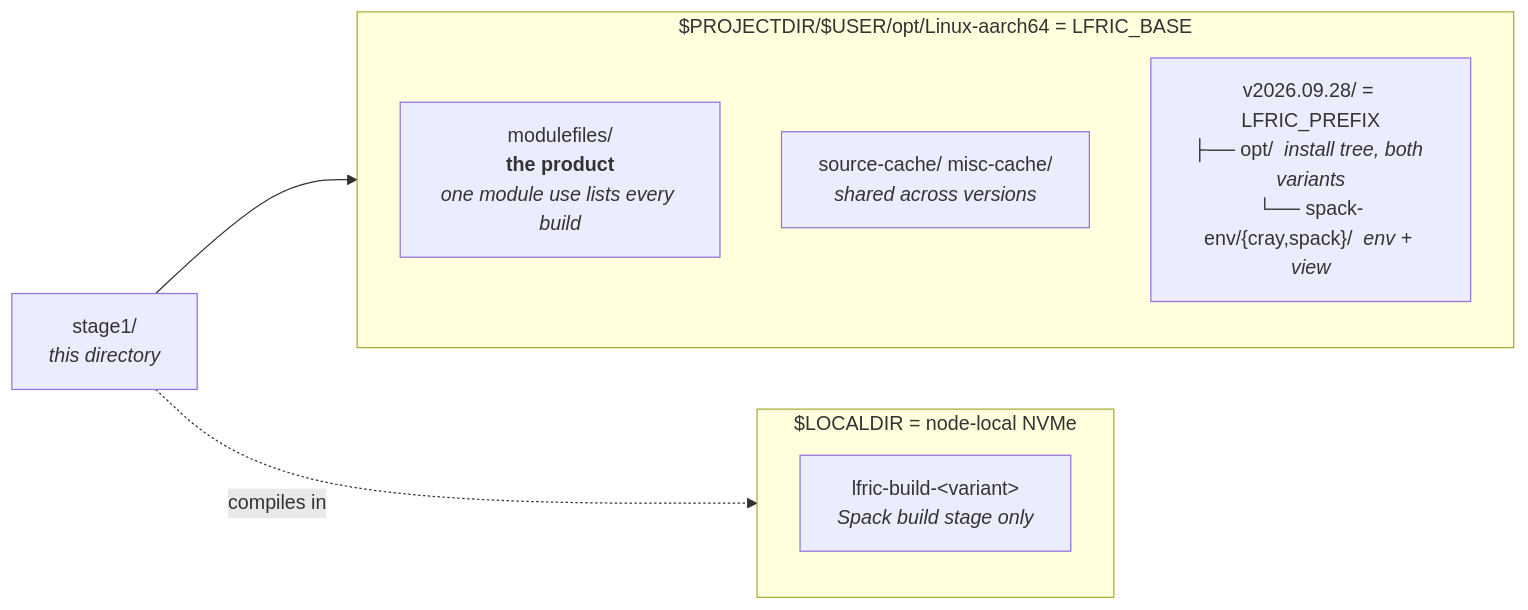
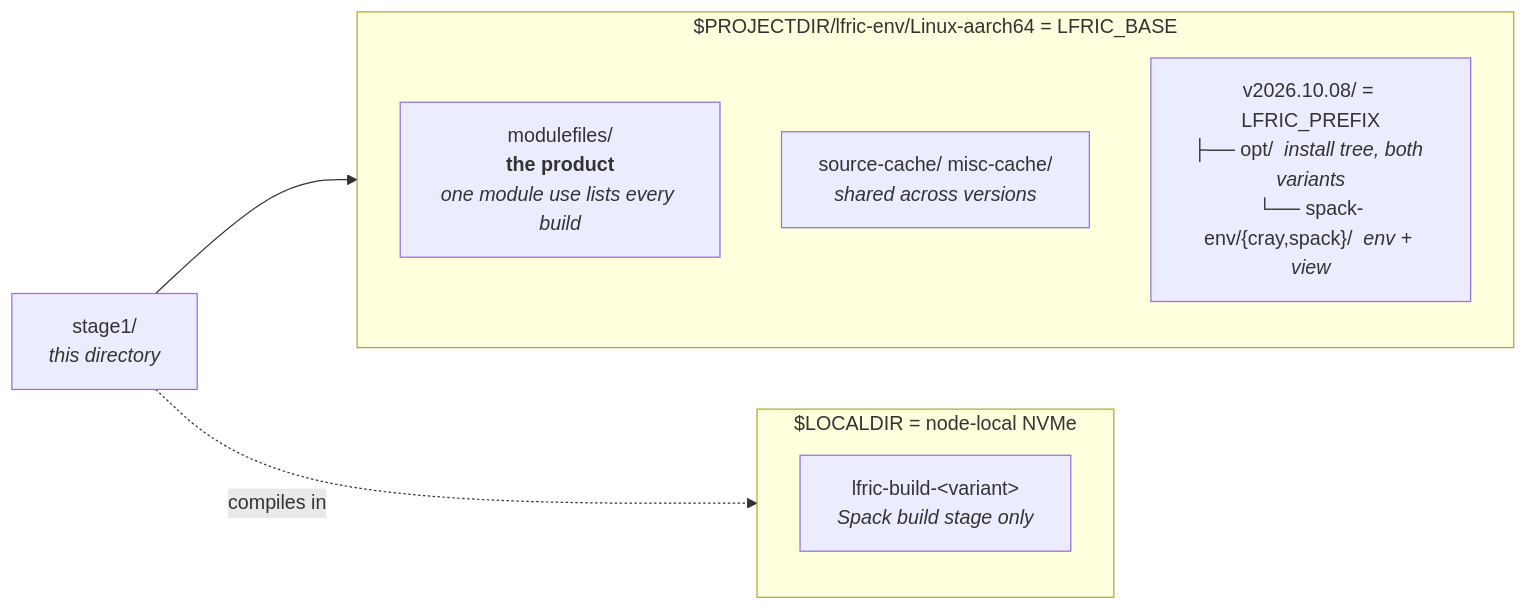
One commit to ickc/lfric-env-isambard changed the second of 2 diagrams in stage1/README.md. Above: the diagram before and after it, drawn with Mermaid. The commit also changed other lines of this file and 10 other files, not shown here.

````diff
--- a/stage1/README.md
+++ b/stage1/README.md
@@ -76,14 +76,14 @@
 ```mermaid
 flowchart LR
-    subgraph P["$PROJECTDIR/$USER/opt/Linux-aarch64 = LFRIC_BASE"]
+    subgraph P["$PROJECTDIR/lfric-env/Linux-aarch64 = LFRIC_BASE"]
         direction TB
         M["modulefiles/<br/><b>the product</b><br/><i>one module use lists every build</i>"]
         C["source-cache/ misc-cache/<br/><i>shared across versions</i>"]
-        V["v2026.09.28/ = LFRIC_PREFIX<br/>├── opt/  <i>install tree, both variants</i><br/>└── spack-env/{cray,spack}/  <i>env + view</i>"]
+        V["v2026.10.08/ = LFRIC_PREFIX<br/>├── opt/  <i>install tree, both variants</i><br/>└── spack-env/{cray,spack}/  <i>env + view</i>"]
     end
     subgraph L["$LOCALDIR = node-local NVMe"]
         W["lfric-build-&lt;variant&gt;<br/><i>Spack build stage only</i>"]
     end
     R["stage1/<br/><i>this directory</i>"] --> P
     R -.->|"compiles in"| L
 ```
````
